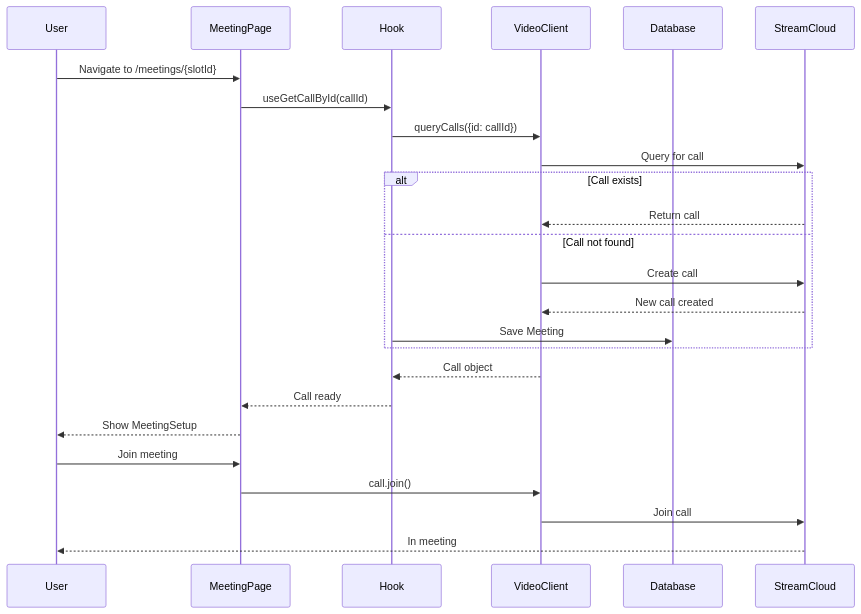
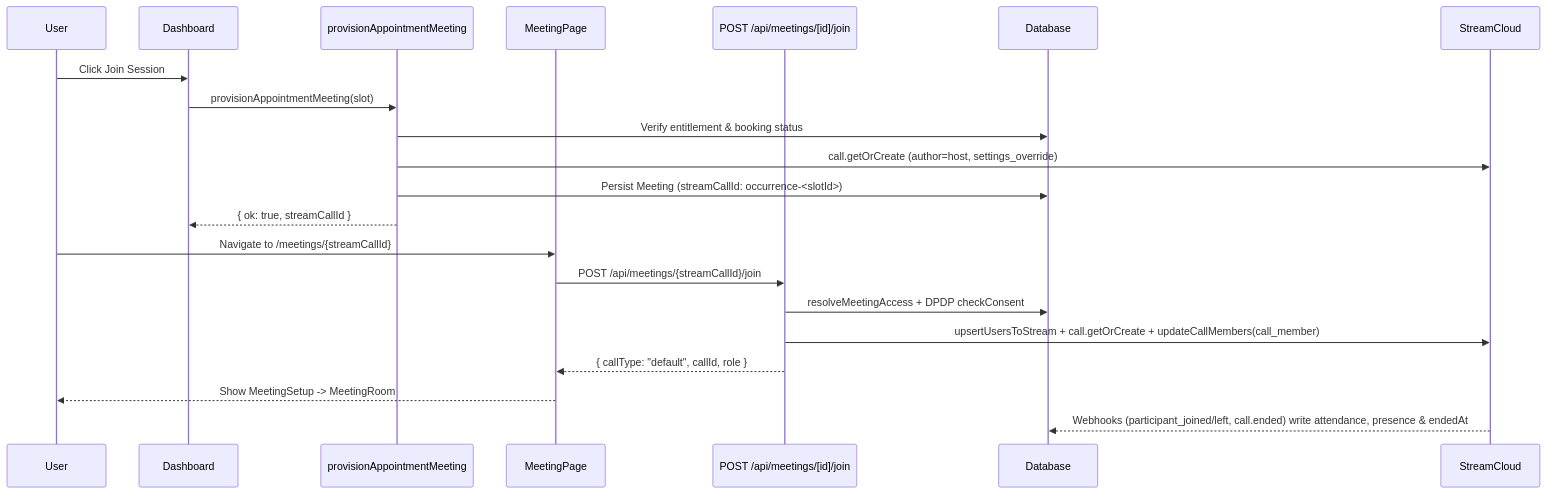
The fifth of 7 diagrams in docs/stream/01-architecture.md (Practitionist/familiarise_web), drawn with Mermaid before and after one commit. The commit also changed other lines of this file and 46 other files, not shown here.

First line of the commit message:
feat(meetings): elastic session envelope, backstage, scripts, and Stream docs (#1965)

````diff
--- a/docs/stream/01-architecture.md
+++ b/docs/stream/01-architecture.md
@@ -216,32 +216,25 @@
 ```mermaid
 sequenceDiagram
     participant User
+    participant Dashboard
+    participant MeetingAction as provisionAppointmentMeeting
     participant MeetingPage
-    participant Hook
-    participant VideoClient
+    participant JoinRoute as POST /api/meetings/[id]/join
     participant Database
     participant StreamCloud
 
-    User->>MeetingPage: Navigate to /meetings/{slotId}
-    MeetingPage->>Hook: useGetCallById(callId)
+    User->>Dashboard: Click Join Session
+    Dashboard->>MeetingAction: provisionAppointmentMeeting(slot)
+    MeetingAction->>Database: Verify entitlement & booking status
+    MeetingAction->>StreamCloud: call.getOrCreate (author=host, settings_override)
+    MeetingAction->>Database: Persist Meeting (streamCallId: occurrence-<slotId>)
+    MeetingAction-->>Dashboard: { ok: true, streamCallId }
 
-    Hook->>VideoClient: queryCalls({id: callId})
-    VideoClient->>StreamCloud: Query for call
-
-    alt Call exists
-        StreamCloud-->>VideoClient: Return call
-    else Call not found
-        VideoClient->>StreamCloud: Create call
-        StreamCloud-->>VideoClient: New call created
-        Hook->>Database: Save Meeting
-    end
-
-    VideoClient-->>Hook: Call object
-    Hook-->>MeetingPage: Call ready
-    MeetingPage-->>User: Show MeetingSetup
-
-    User->>MeetingPage: Join meeting
-    MeetingPage->>VideoClient: call.join()
-    VideoClient->>StreamCloud: Join call
-    StreamCloud-->>User: In meeting
+    User->>MeetingPage: Navigate to /meetings/{streamCallId}
+    MeetingPage->>JoinRoute: POST /api/meetings/{streamCallId}/join
+    JoinRoute->>Database: resolveMeetingAccess + DPDP checkConsent
+    JoinRoute->>StreamCloud: upsertUsersToStream + call.getOrCreate + updateCallMembers(call_member)
+    JoinRoute-->>MeetingPage: { callType: "default", callId, role }
+    MeetingPage-->>User: Show MeetingSetup -> MeetingRoom
+    StreamCloud-->>Database: Webhooks (participant_joined/left, call.ended) write attendance, presence & endedAt
 ```
````
